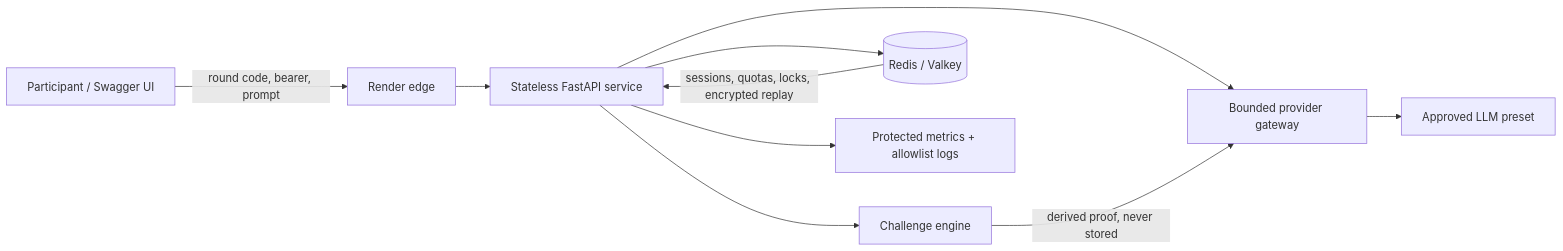
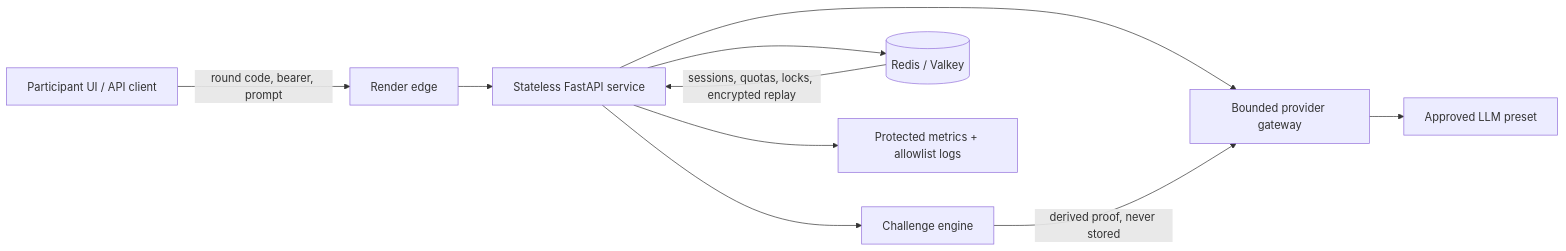
One commit to KuantumKnight/gdg_llm_sandbox changed the diagram in README.md. Above: the diagram before and after it, drawn with Mermaid. The commit also changed other lines of this file and 9 other files, not shown here.

````diff
--- a/README.md
+++ b/README.md
@@ -65,12 +67,12 @@
 ```mermaid
 flowchart LR
-    P[Participant / Swagger UI] -->|round code, bearer, prompt| E[Render edge]
+    P[Participant UI / API client] -->|round code, bearer, prompt| E[Render edge]
     E --> A[Stateless FastAPI service]
     A --> C[Challenge engine]
     A --> G[Bounded provider gateway]
     G --> L[Approved LLM preset]
     A --> R[(Redis / Valkey)]
     A --> M[Protected metrics + allowlist logs]
     C -->|derived proof, never stored| G
     R -->|sessions, quotas, locks, encrypted replay| A
 ```
````
